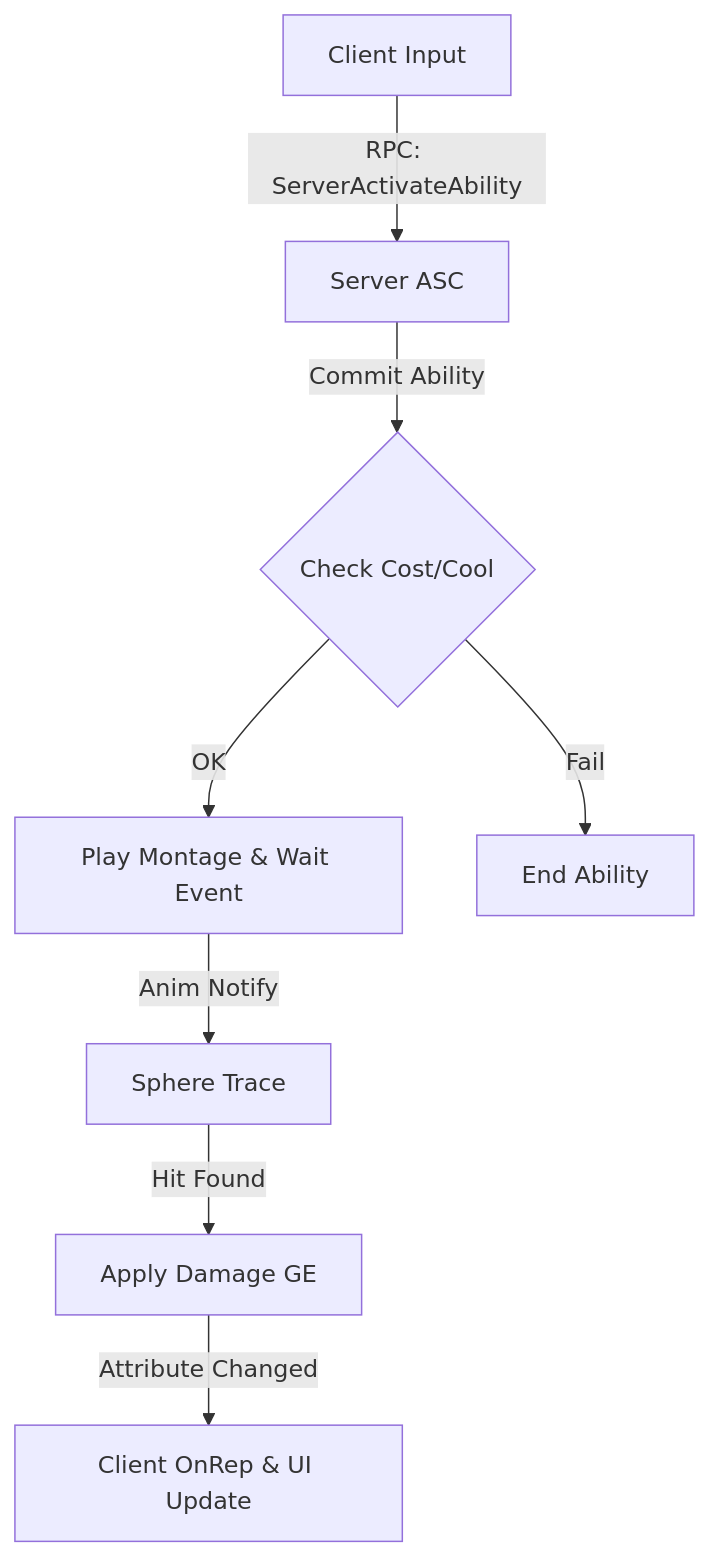
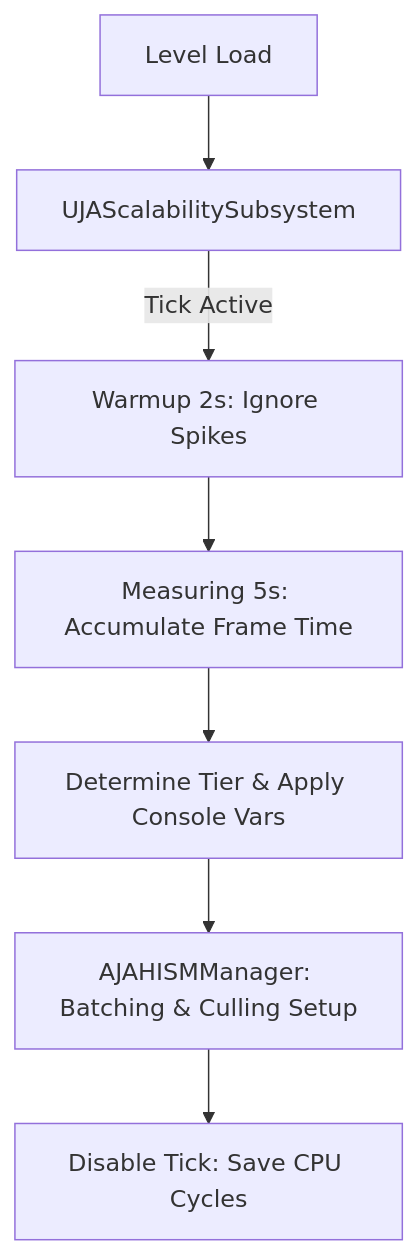
Before and after one commit to limjh1/Project-JA: the diagram in README.md, drawn with Mermaid. The commit also changed other lines of this file, not shown here.

````diff
--- a/README.md
+++ b/README.md
@@ -125,10 +121,9 @@
 ```mermaid
 graph TD
-    Client[Client Input] -->|RPC: ServerActivateAbility| Server[Server ASC]
-    Server -->|Commit Ability| Cost{Check Cost/Cool}
-    Cost -- OK --> PlayMontage[Play Montage & Wait Event]
-    Cost -- Fail --> End[End Ability]
-    PlayMontage -->|Anim Notify| HitCheck[Sphere Trace]
-    HitCheck -- Hit Found --> ApplyGE[Apply Damage GE]
-    ApplyGE -->|Attribute Changed| OnRep[Client OnRep & UI Update]
+    Start[Level Load] --> Subsystem[UJAScalabilitySubsystem]
+    Subsystem -->|Tick Active| Warmup[Warmup 2s: Ignore Spikes]
+    Warmup --> Measure[Measuring 5s: Accumulate Frame Time]
+    Measure --> Apply[Determine Tier & Apply Console Vars]
+    Apply --> HISM[AJAHISMManager: Batching & Culling Setup]
+    HISM --> End[Disable Tick: Save CPU Cycles]
 ```
````
